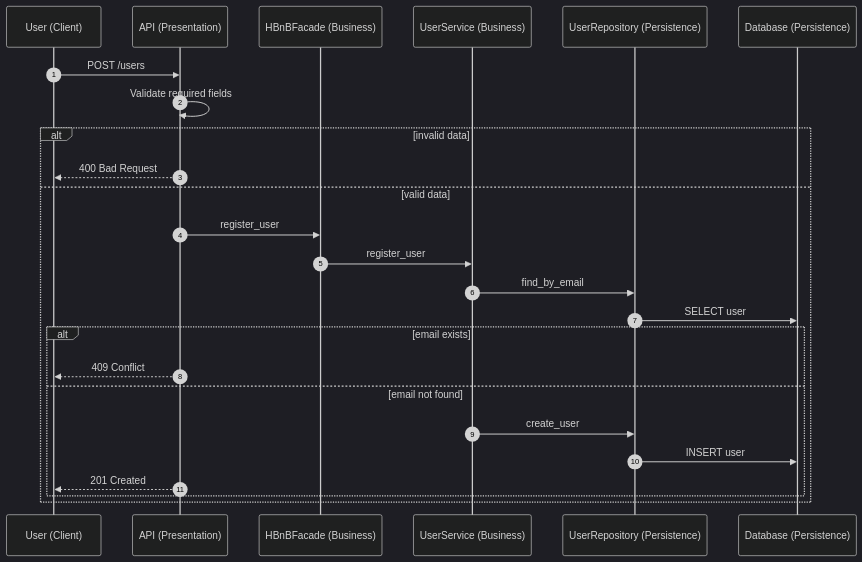
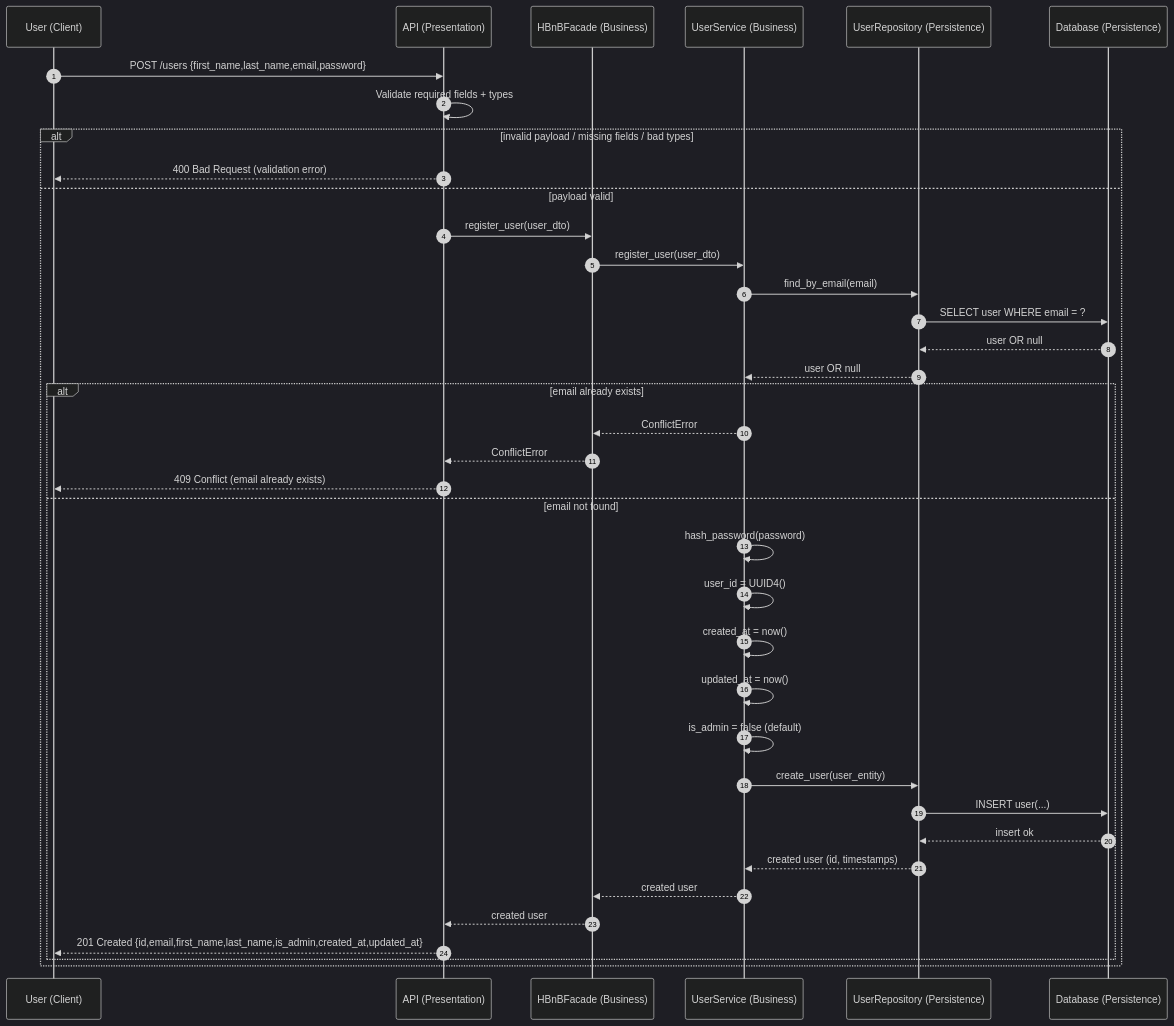
Before and after one commit to Alreix/holbertonschool-hbnb: the third of 6 diagrams in part1/TECHNICAL_DOCUMENTATION.md, drawn with Mermaid (dark theme). The commit also changed other lines of this file, not shown here.

Commit message:
add: the 4 finals diagrams sequences

````diff
--- a/part1/TECHNICAL_DOCUMENTATION.md
+++ b/part1/TECHNICAL_DOCUMENTATION.md
@@ -278,28 +278,50 @@
 ```mermaid
 sequenceDiagram
-autonumber
-participant U as User (Client)
-participant API as API (Presentation)
-participant FAC as HBnBFacade (Business)
-participant SVC as UserService (Business)
-participant REPO as UserRepository (Persistence)
-participant DB as Database (Persistence)
+   autonumber
+   participant U as User (Client)
+   participant API as API (Presentation)
+   participant FAC as HBnBFacade (Business)
+   participant SVC as UserService (Business)
+   participant REPO as UserRepository (Persistence)
+   participant DB as Database (Persistence)
 
-U->>API: POST /users
-API->>API: Validate required fields
-alt invalid data
-    API-->>U: 400 Bad Request
-else valid data
-    API->>FAC: register_user
-    FAC->>SVC: register_user
-    SVC->>REPO: find_by_email
-    REPO->>DB: SELECT user
-    alt email exists
-        API-->>U: 409 Conflict
-    else email not found
-        SVC->>REPO: create_user
-        REPO->>DB: INSERT user
-        API-->>U: 201 Created
-    end
-end
+
+   U->>API: POST /users {first_name,last_name,email,password}
+   API->>API: Validate required fields + types
+
+
+   alt invalid payload / missing fields / bad types
+       API-->>U: 400 Bad Request (validation error)
+   else payload valid
+       API->>FAC: register_user(user_dto)
+       FAC->>SVC: register_user(user_dto)
+
+
+       SVC->>REPO: find_by_email(email)
+       REPO->>DB: SELECT user WHERE email = ?
+       DB-->>REPO: user OR null
+       REPO-->>SVC: user OR null
+
+
+       alt email already exists
+           SVC-->>FAC: ConflictError
+           FAC-->>API: ConflictError
+           API-->>U: 409 Conflict (email already exists)
+       else email not found
+           SVC->>SVC: hash_password(password)
+           SVC->>SVC: user_id = UUID4()
+           SVC->>SVC: created_at = now()
+           SVC->>SVC: updated_at = now()
+           SVC->>SVC: is_admin = false (default)
+
+
+           SVC->>REPO: create_user(user_entity)
+           REPO->>DB: INSERT user(...)
+           DB-->>REPO: insert ok
+           REPO-->>SVC: created user (id, timestamps)
+           SVC-->>FAC: created user
+           FAC-->>API: created user
+           API-->>U: 201 Created {id,email,first_name,last_name,is_admin,created_at,updated_at}
+       end
+   end
 ```
````
